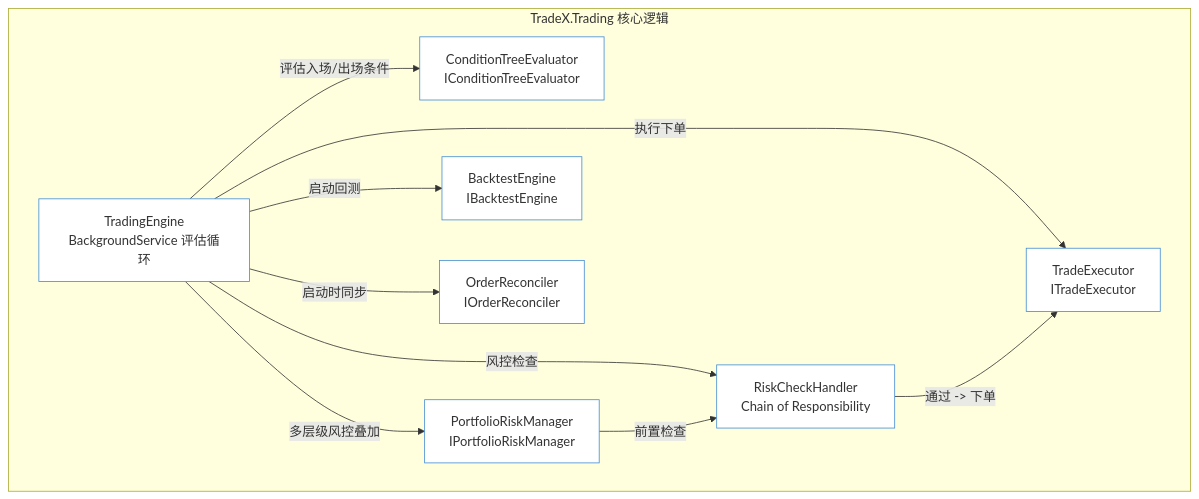
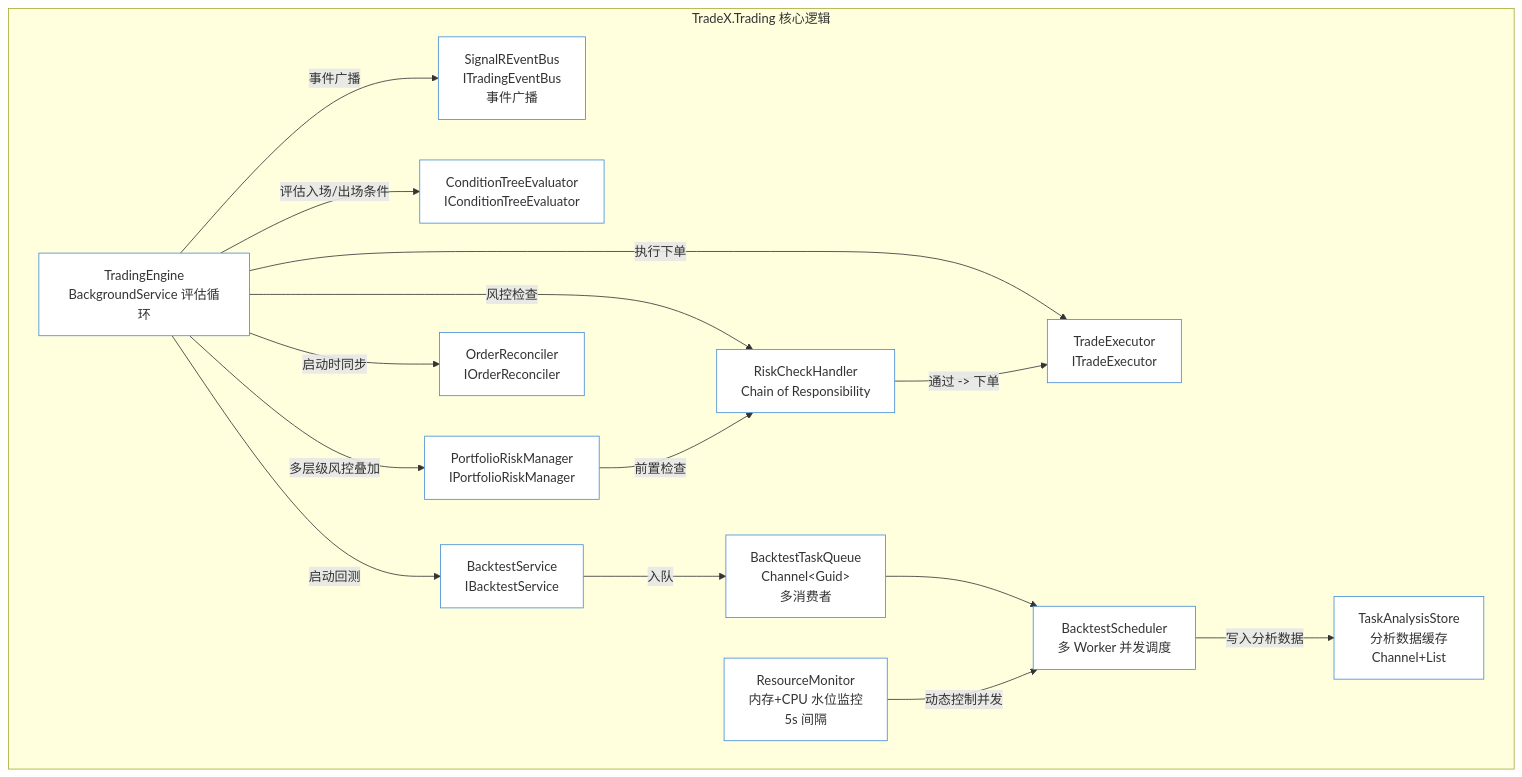
Before and after one commit to bambuo/TradeX: the sixth of 16 diagrams in docs/TAD.md, drawn with Mermaid. The commit also changed other lines of this file and 3 other files, not shown here.

````diff
--- a/docs/TAD.md
+++ b/docs/TAD.md
@@ -237,25 +248,36 @@
 ```mermaid
 flowchart TB
   classDef container fill:#438DD5,color:#fff,stroke:#3377BB,stroke-width:2px
   classDef component fill:#fff,color:#333,stroke:#438DD5,stroke-width:1px
 
   subgraph TRADING["TradeX.Trading 核心逻辑"]
     ENGINE[TradingEngine<br/>BackgroundService 评估循环]:::component
+    EVENTBUS[SignalREventBus<br/>ITradingEventBus<br/>事件广播]:::component
     EXECUTOR[TradeExecutor<br/>ITradeExecutor]:::component
     RISK[RiskCheckHandler<br/>Chain of Responsibility]:::component
     PORTO_RISK[PortfolioRiskManager<br/>IPortfolioRiskManager]:::component
     CONDITION[ConditionTreeEvaluator<br/>IConditionTreeEvaluator]:::component
-    BACKTEST[BacktestEngine<br/>IBacktestEngine]:::component
+    BACKTEST[BacktestService<br/>IBacktestService]:::component
+    BT_Q[BacktestTaskQueue<br/>Channel&lt;Guid&gt;<br/>多消费者]:::component
+    BT_SCHED[BacktestScheduler<br/>多 Worker 并发调度]:::component
+    RES_MON[ResourceMonitor<br/>内存+CPU 水位监控<br/>5s 间隔]:::component
+    STORE[TaskAnalysisStore<br/>分析数据缓存<br/>Channel+List]:::component
     RECONCILER[OrderReconciler<br/>IOrderReconciler]:::component
   end
 
+  ENGINE -->|事件广播| EVENTBUS
   ENGINE -->|评估入场/出场条件| CONDITION
   ENGINE -->|风控检查| RISK
   ENGINE -->|多层级风控叠加| PORTO_RISK
   ENGINE -->|执行下单| EXECUTOR
   ENGINE -->|启动回测| BACKTEST
   ENGINE -->|启动时同步| RECONCILER
 
+  BACKTEST -->|入队| BT_Q
+  BT_Q --> BT_SCHED
+  BT_SCHED -->|写入分析数据| STORE
+  RES_MON -->|动态控制并发| BT_SCHED
+
   PORTO_RISK -->|前置检查| RISK
   RISK -->|"通过 -> 下单"| EXECUTOR
 ```
````
